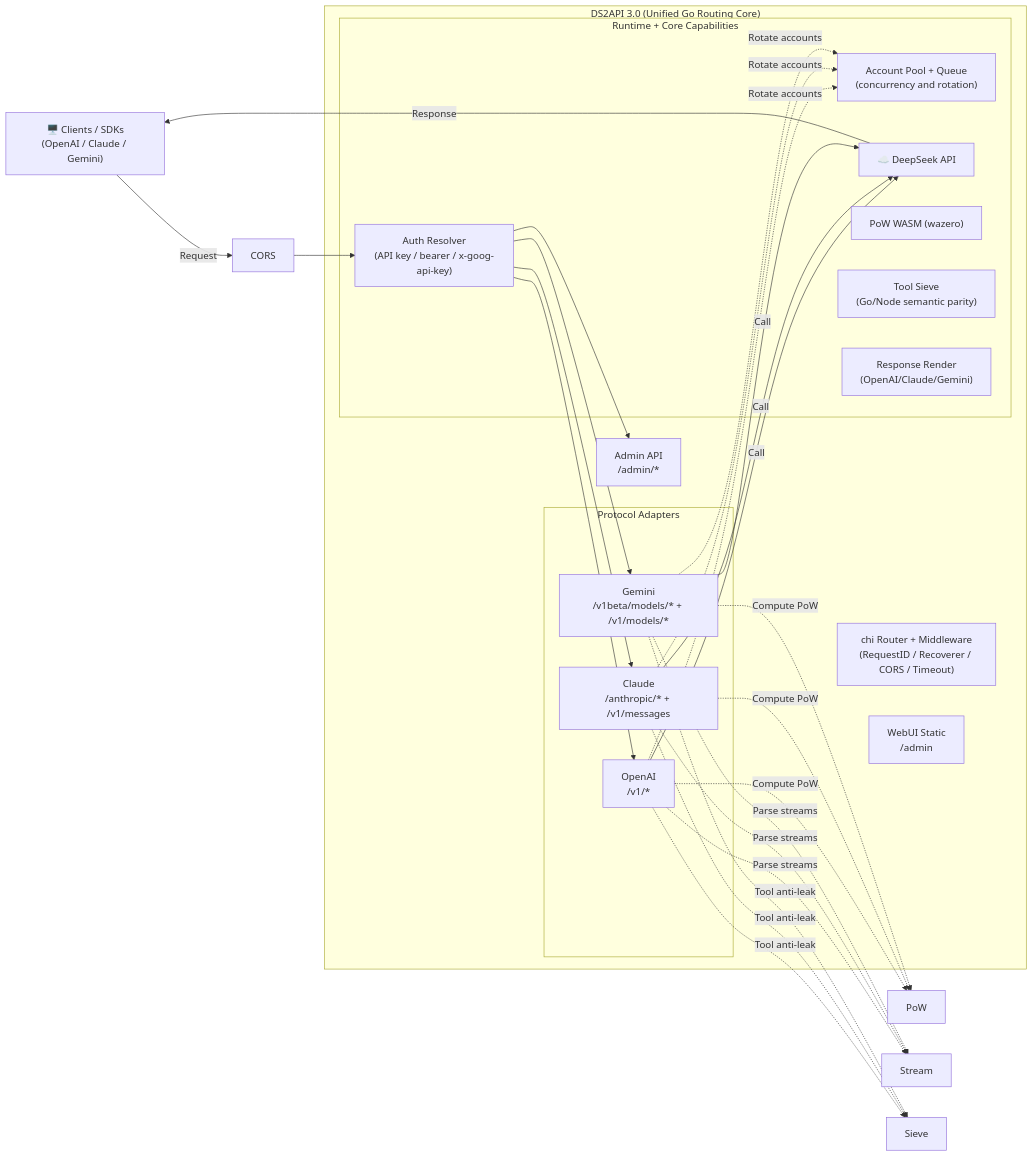
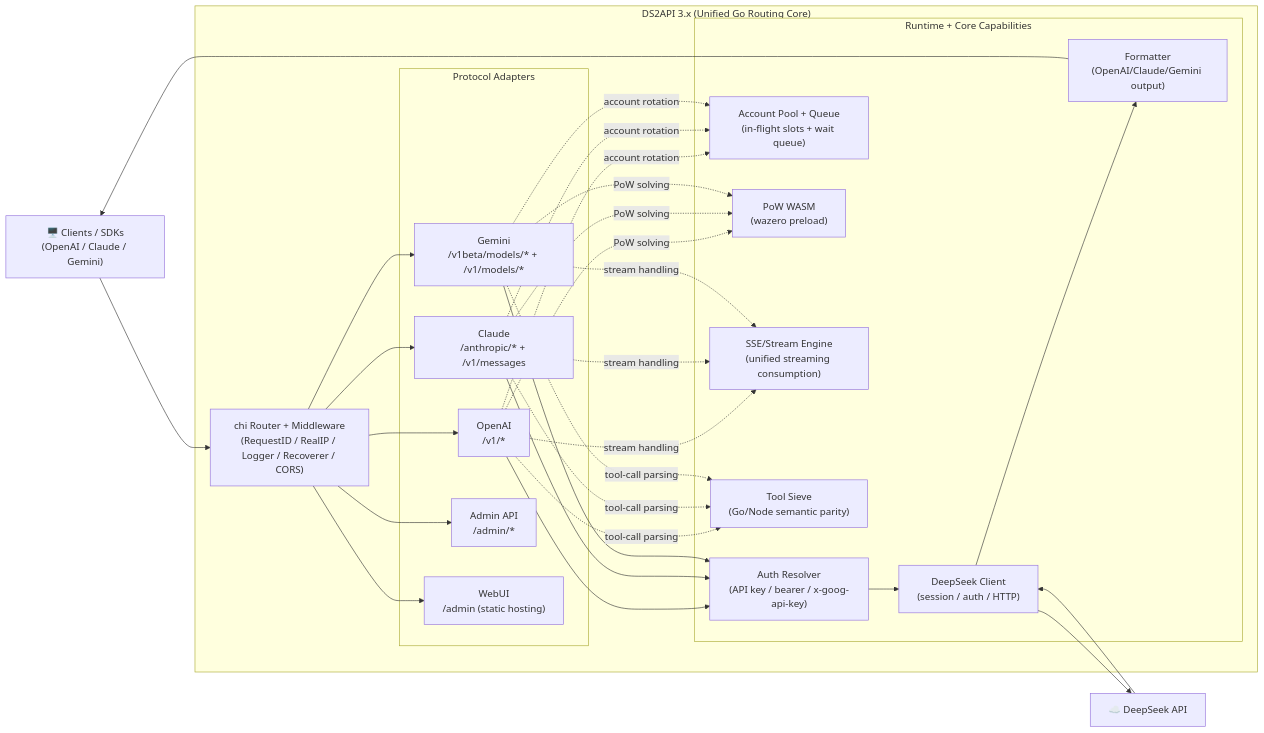
One commit to SZzyw/dsp changed the diagram in README.en.md. Above: the diagram before and after it, drawn with Mermaid. The commit also changed other lines of this file and 3 other files, not shown here.

Commit message:
docs: refresh architecture and project structure docs

````diff
--- a/README.en.md
+++ b/README.en.md
@@ -29,38 +29,44 @@
 ```mermaid
 flowchart LR
     Client["🖥️ Clients / SDKs\n(OpenAI / Claude / Gemini)"]
+    Upstream["☁️ DeepSeek API"]
 
-    subgraph DS2API["DS2API 3.0 (Unified Go Routing Core)"]
-        Router["chi Router + Middleware\n(RequestID / Recoverer / CORS / Timeout)"]
+    subgraph DS2API["DS2API 3.x (Unified Go Routing Core)"]
+        Router["chi Router + Middleware\n(RequestID / RealIP / Logger / Recoverer / CORS)"]
 
         subgraph Adapters["Protocol Adapters"]
             OA["OpenAI\n/v1/*"]
             CA["Claude\n/anthropic/* + /v1/messages"]
             GA["Gemini\n/v1beta/models/* + /v1/models/*"]
+            Admin["Admin API\n/admin/*"]
+            WebUI["WebUI\n/admin (static hosting)"]
         end
 
         subgraph Runtime["Runtime + Core Capabilities"]
             Auth["Auth Resolver\n(API key / bearer / x-goog-api-key)"]
-            Pool["Account Pool + Queue\n(concurrency and rotation)"]
-            DS["DeepSeek Client\n(session / auth / HTTP)"]
-            Pow["PoW WASM (wazero)"]
+            Pool["Account Pool + Queue\n(in-flight slots + wait queue)"]
+            DSClient["DeepSeek Client\n(session / auth / HTTP)"]
+            Pow["PoW WASM\n(wazero preload)"]
+            SSE["SSE/Stream Engine\n(unified streaming consumption)"]
             Tool["Tool Sieve\n(Go/Node semantic parity)"]
-            Format["Response Render\n(OpenAI/Claude/Gemini)"]
+            Render["Formatter\n(OpenAI/Claude/Gemini output)"]
         end
-
-        Admin["Admin API\n/admin/*"]
-        WebUI["WebUI Static\n/admin"]
     end
 
-    DS["☁️ DeepSeek API"]
+    Client --> Router
+    Router --> OA & CA & GA
+    Router --> Admin
+    Router --> WebUI
 
-    Client -- "Request" --> CORS --> Auth
-    Auth --> OA & CA & GA
-    OA & CA & GA -- "Call" --> DS
-    Auth --> Admin
-    OA & CA & GA -. "Rotate accounts" .-> Pool
-    OA & CA & GA -. "Compute PoW" .-> PoW
-    OA & CA & GA -. "Parse streams" .-> Stream
-    OA & CA & GA -. "Tool anti-leak" .-> Sieve
-    DS -- "Response" --> Client
+    OA & CA & GA --> Auth
+    OA & CA & GA -.account rotation.-> Pool
+    OA & CA & GA -.tool-call parsing.-> Tool
+    OA & CA & GA -.stream handling.-> SSE
+    OA & CA & GA -.PoW solving.-> Pow
+
+    Auth --> DSClient
+    DSClient --> Upstream
+    Upstream --> DSClient
+    DSClient --> Render
+    Render --> Client
 ```
````
